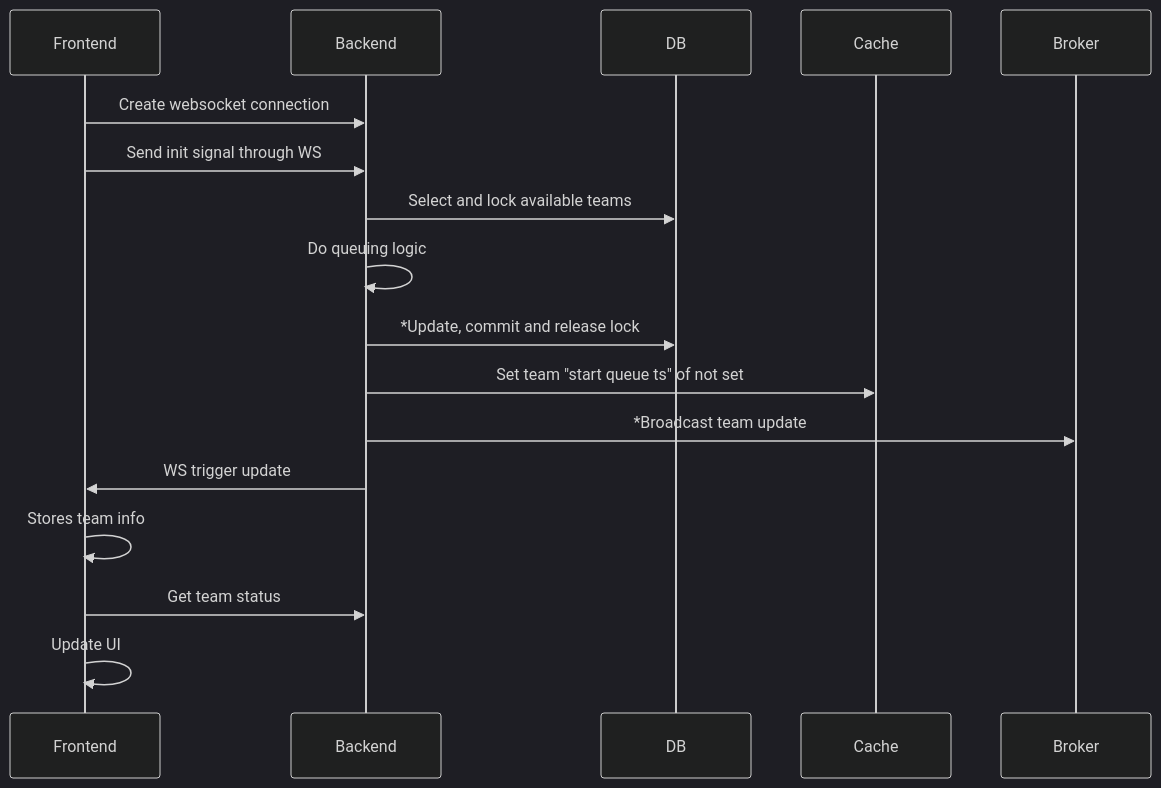
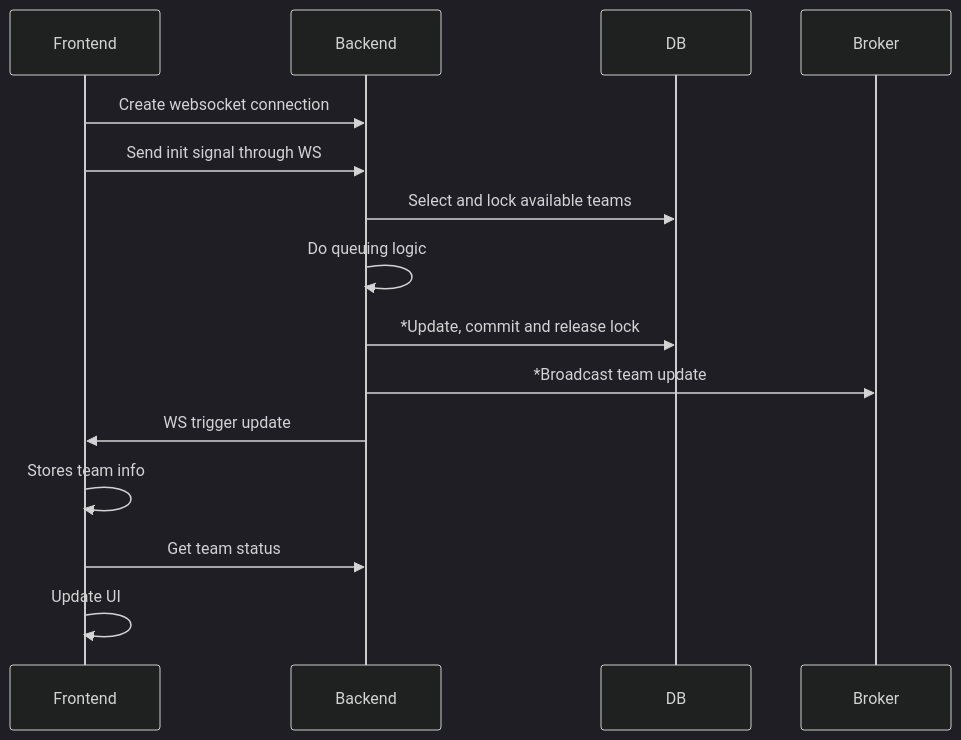
The second of 5 diagrams in docs/workflows/lobby_multi.md (AlexFangSW/Typephoon), drawn with Mermaid (dark theme) before and after one commit. The commit also changed other lines of this file and 1 other file, not shown here.

````diff
--- a/docs/workflows/lobby_multi.md
+++ b/docs/workflows/lobby_multi.md
@@ -28,14 +28,13 @@
 ```mermaid
 sequenceDiagram
     Frontend ->> Backend: Create websocket connection 
     Frontend ->> Backend: Send init signal through WS
     Backend ->> DB: Select and lock available teams 
     Backend ->> Backend: Do queuing logic
     Backend ->> DB: *Update, commit and release lock
-    Backend ->> Cache: Set team "start queue ts" of not set
     Backend ->> Broker: *Broadcast team update
     Backend ->> Frontend: WS trigger update
     Frontend ->> Frontend: Stores team info
     Frontend ->> Backend: Get team status
     Frontend ->> Frontend: Update UI
 ```
````
